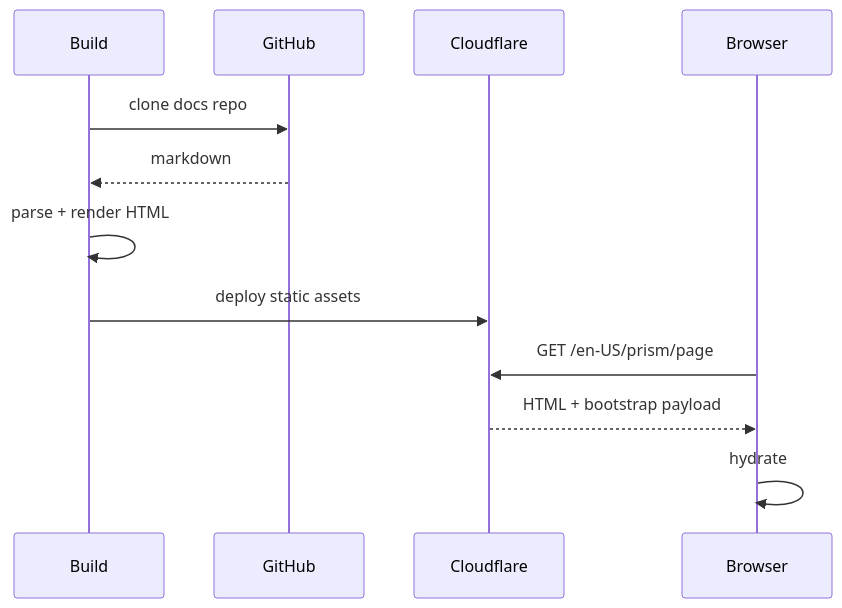
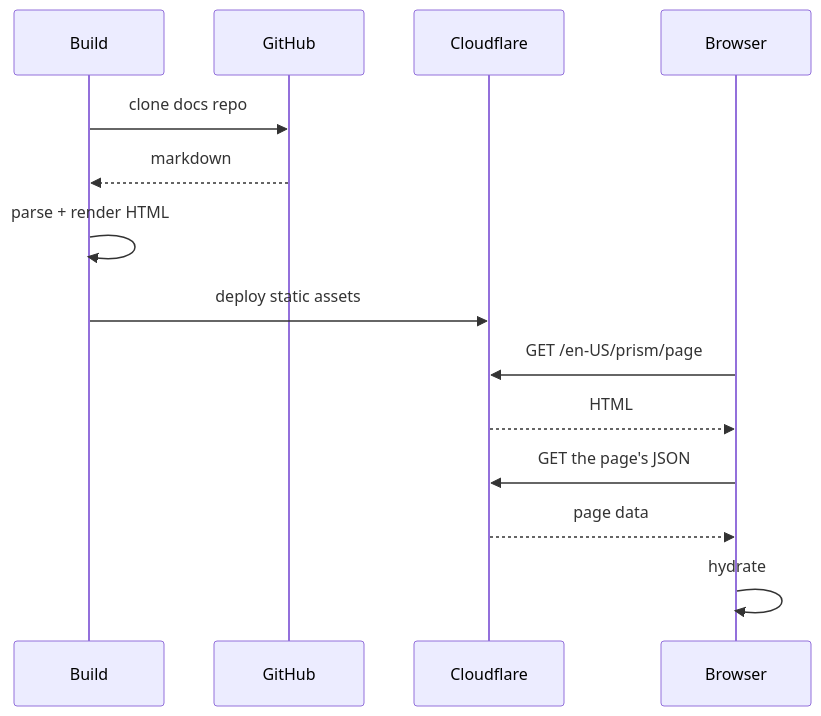
One commit to siiway/vellum changed the second of 5 diagrams in app/local-docs/vl-handbook/tests/mermaid.md. Above: the diagram before and after it, drawn with Mermaid. The commit also changed 7 other files, not shown here.

First line of the commit message:
fix(build): keep the page's payload out of its HTML

````diff
--- a/app/local-docs/vl-handbook/tests/mermaid.md
+++ b/app/local-docs/vl-handbook/tests/mermaid.md
@@ -27,14 +27,16 @@
 ```mermaid
 sequenceDiagram
     participant Build
     participant GitHub
     participant Cloudflare
     participant Browser
     Build->>GitHub: clone docs repo
     GitHub-->>Build: markdown
     Build->>Build: parse + render HTML
     Build->>Cloudflare: deploy static assets
     Browser->>Cloudflare: GET /en-US/prism/page
-    Cloudflare-->>Browser: HTML + bootstrap payload
+    Cloudflare-->>Browser: HTML
+    Browser->>Cloudflare: GET the page's JSON
+    Cloudflare-->>Browser: page data
     Browser->>Browser: hydrate
 ```
````
